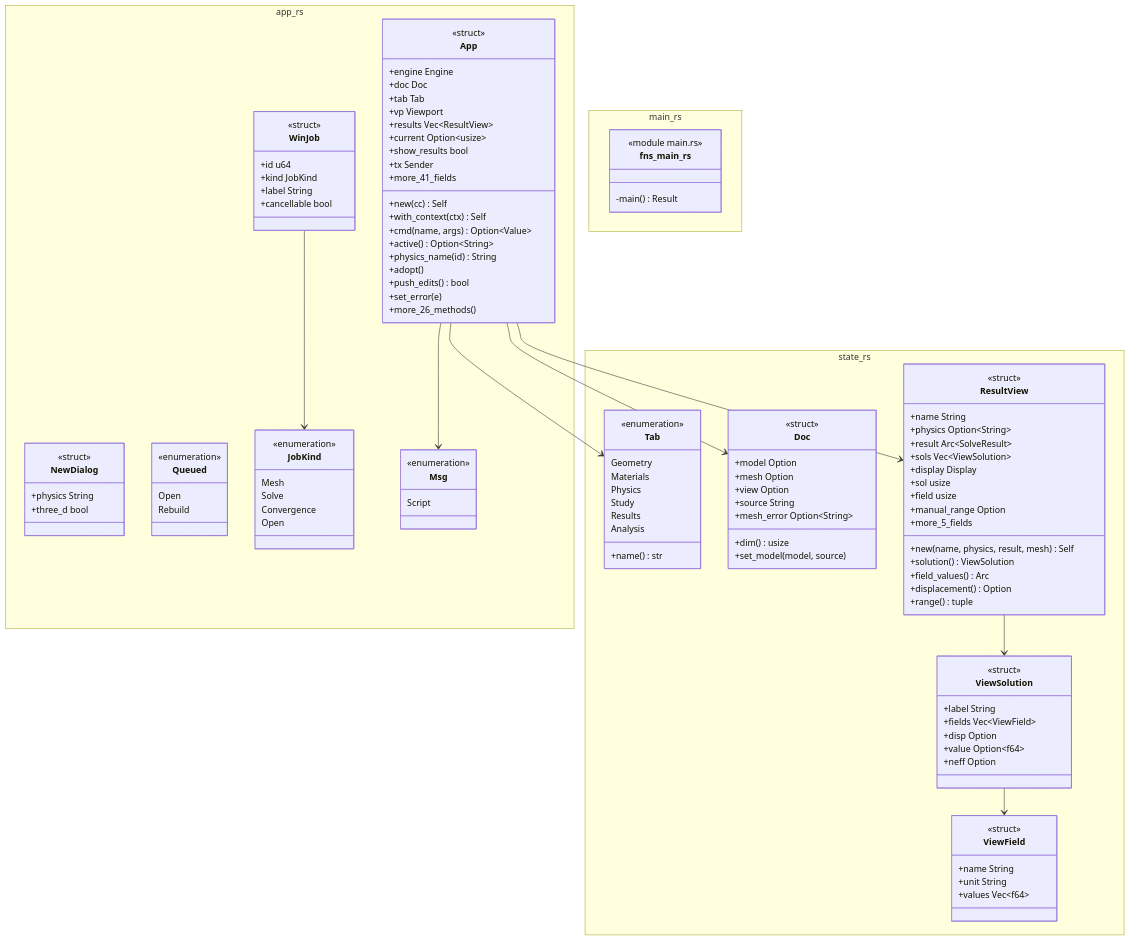
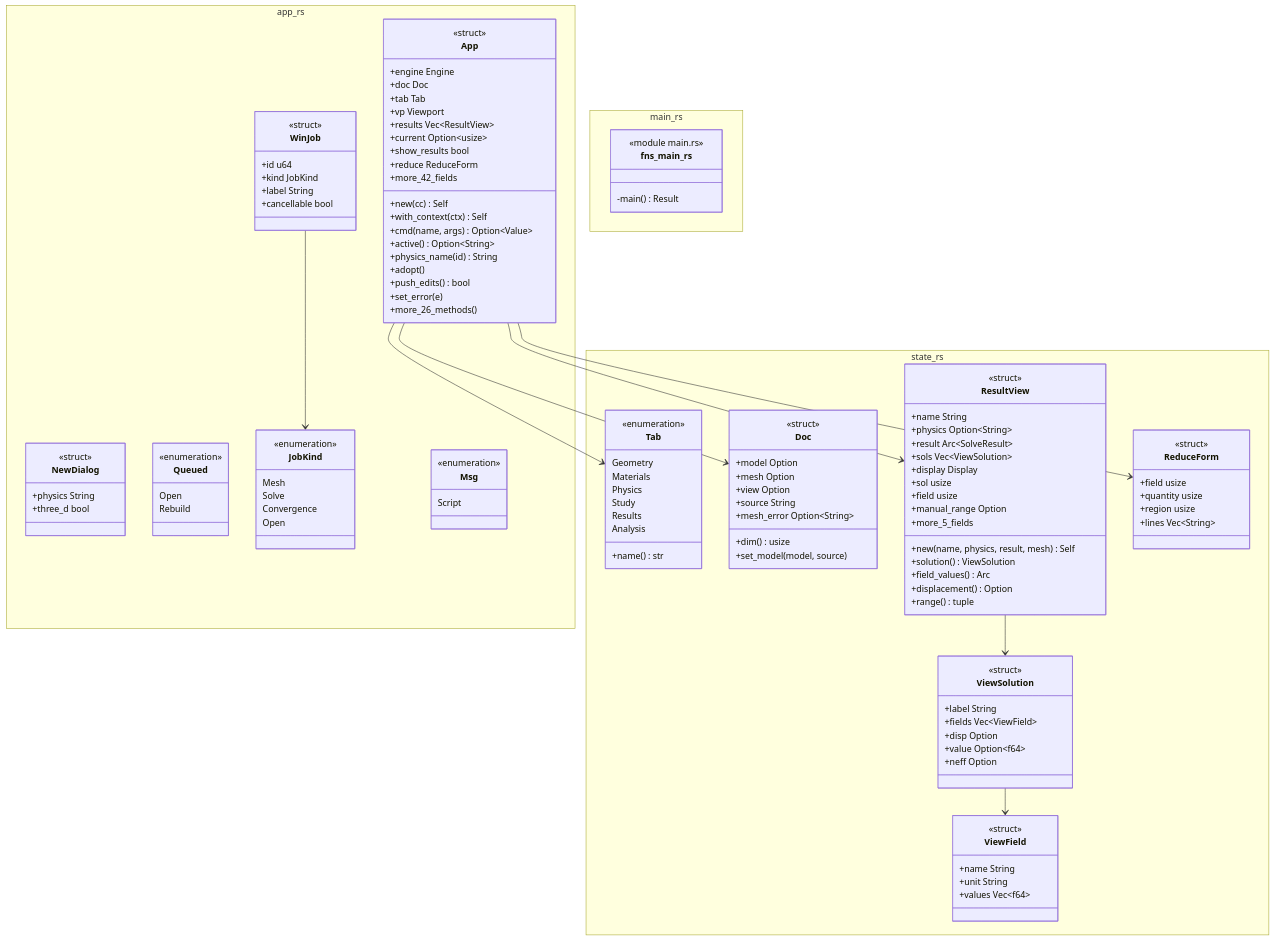
The diagram in docs/architecture/c4/4-code/app/window.md (p-j-r/nyx), drawn with Mermaid before and after one commit. The commit also changed other lines of this file and 61 other files, not shown here.

````diff
--- a/docs/architecture/c4/4-code/app/window.md
+++ b/docs/architecture/c4/4-code/app/window.md
@@ -79,8 +79,8 @@
         +results Vec~ResultView~
         +current Option~usize~
         +show_results bool
-        +tx Sender
-        +more_41_fields
+        +reduce ReduceForm
+        +more_42_fields
         +new(cc) Self
         +with_context(ctx) Self
         +cmd(name, args) Option~Value~
@@ -150,12 +150,19 @@
         +displacement() Option
         +range() tuple
     }
+    class ReduceForm {
+        <<struct>>
+        +field usize
+        +quantity usize
+        +region usize
+        +lines Vec~String~
+    }
   }
   WinJob --> JobKind
   App --> Doc
   App --> Tab
   App --> ResultView
-  App --> Msg
+  App --> ReduceForm
   ViewSolution --> ViewField
   ResultView --> ViewSolution
 ```
````
